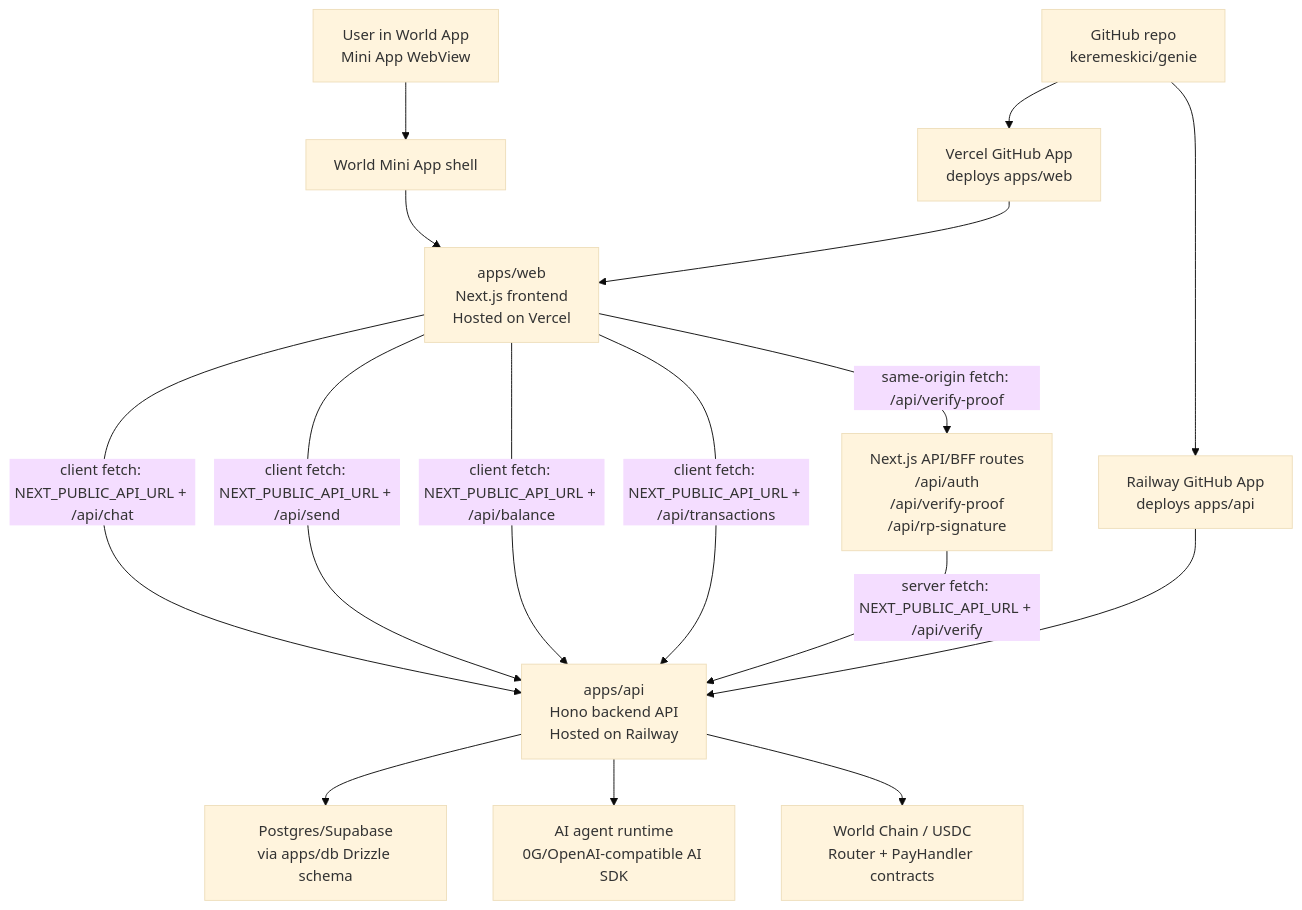
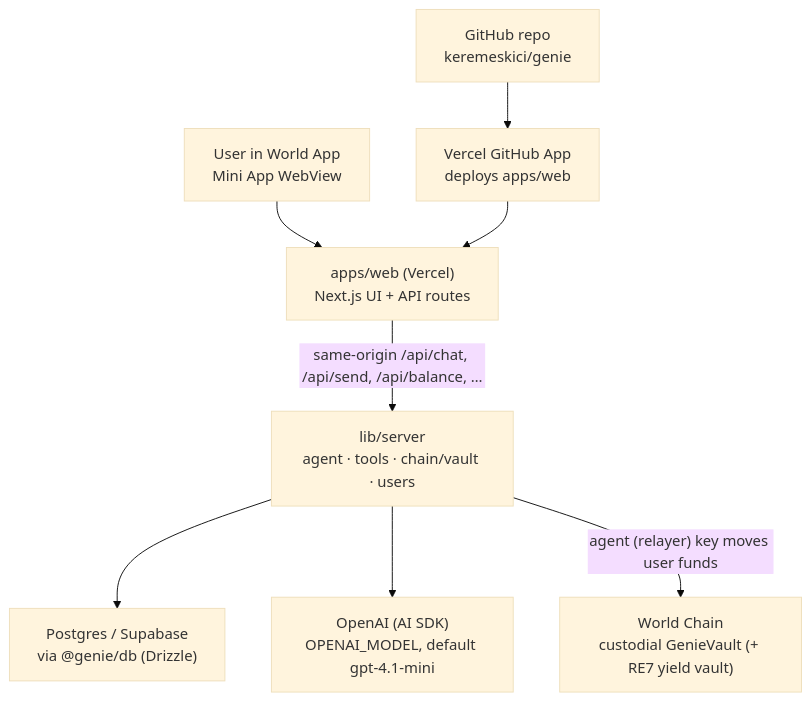
Before and after one commit to keremeskici/genie: the diagram in docs/deployment-architecture.md, drawn with Mermaid (base theme). The commit also changed other lines of this file and 132 other files, not shown here.

First line of the commit message:
Migrate Genie to single Vercel deploy with custodial GenieVault

````diff
--- a/docs/deployment-architecture.md
+++ b/docs/deployment-architecture.md
@@ -30,27 +25,18 @@
 ```mermaid
 flowchart TD
   User["User in World App<br/>Mini App WebView"]
-  World["World Mini App shell"]
-  Web["apps/web<br/>Next.js frontend<br/>Hosted on Vercel"]
-  WebBff["Next.js API/BFF routes<br/>/api/auth<br/>/api/verify-proof<br/>/api/rp-signature"]
-  Api["apps/api<br/>Hono backend API<br/>Hosted on Railway"]
-  Db["Postgres/Supabase<br/>via apps/db Drizzle schema"]
-  Agent["AI agent runtime<br/>0G/OpenAI-compatible AI SDK"]
-  Chain["World Chain / USDC<br/>Router + PayHandler contracts"]
+  Web["apps/web (Vercel)<br/>Next.js UI + API routes"]
+  Server["lib/server<br/>agent · tools · chain/vault · users"]
+  Db["Postgres / Supabase<br/>via @genie/db (Drizzle)"]
+  Agent["OpenAI (AI SDK)<br/>OPENAI_MODEL, default gpt-4.1-mini"]
+  Vault["World Chain<br/>custodial GenieVault (+ RE7 yield vault)"]
   GitHub["GitHub repo<br/>keremeskici/genie"]
   Vercel["Vercel GitHub App<br/>deploys apps/web"]
-  Railway["Railway GitHub App<br/>deploys apps/api"]
 
-  User --> World --> Web
-  Web -->|"client fetch: NEXT_PUBLIC_API_URL + /api/chat"| Api
-  Web -->|"client fetch: NEXT_PUBLIC_API_URL + /api/send"| Api
-  Web -->|"client fetch: NEXT_PUBLIC_API_URL + /api/balance"| Api
-  Web -->|"client fetch: NEXT_PUBLIC_API_URL + /api/transactions"| Api
-  Web -->|"same-origin fetch: /api/verify-proof"| WebBff
-  WebBff -->|"server fetch: NEXT_PUBLIC_API_URL + /api/verify"| Api
-  Api --> Db
-  Api --> Agent
-  Api --> Chain
+  User --> Web
+  Web -->|"same-origin /api/chat, /api/send, /api/balance, …"| Server
+  Server --> Db
+  Server --> Agent
+  Server -->|"agent (relayer) key moves user funds"| Vault
   GitHub --> Vercel --> Web
-  GitHub --> Railway --> Api
 ```
````
